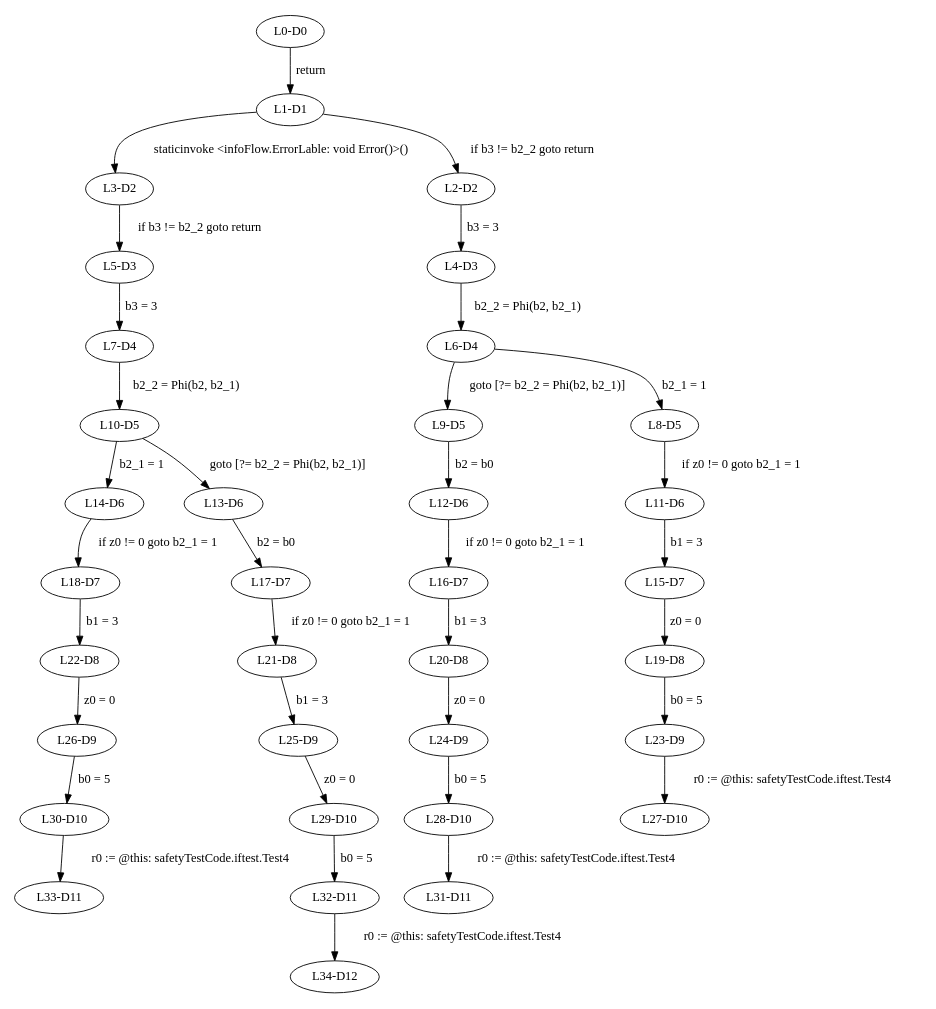
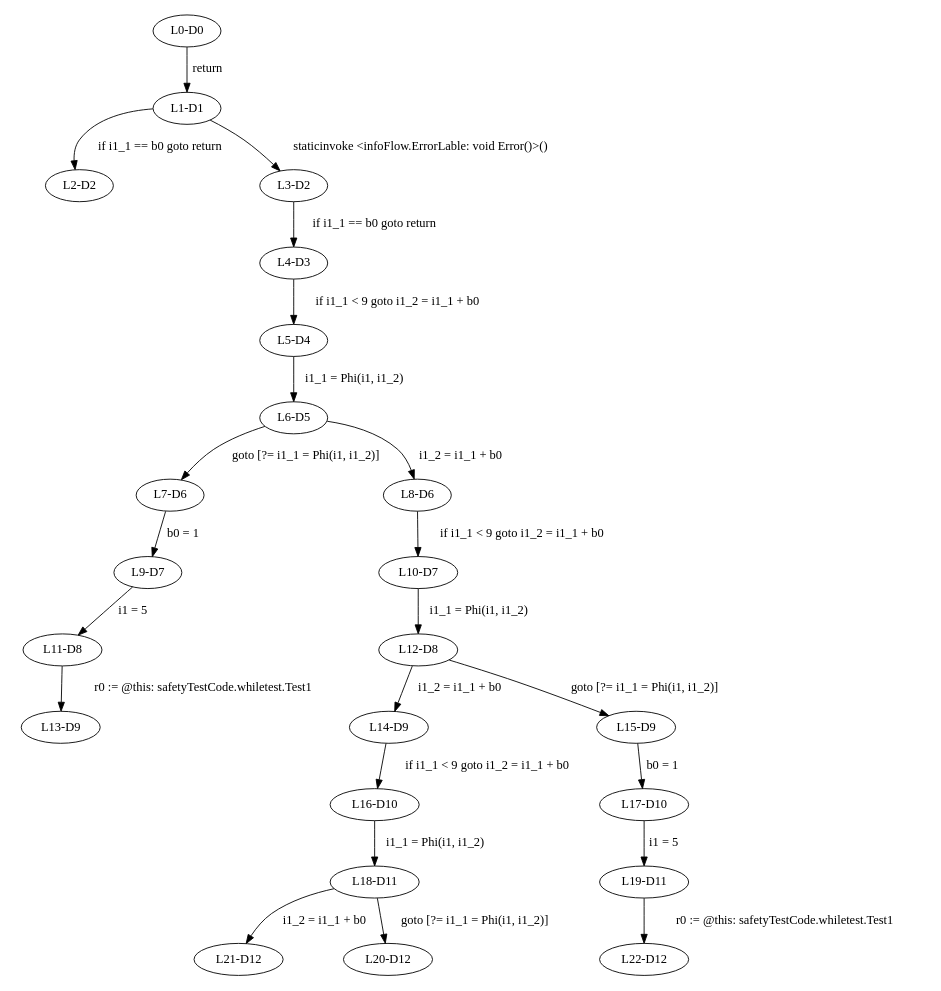
The diagram in SafetyChecker2/_all.dot (gt-wunderhorn/gt-wunderhorn), drawn with Graphviz before and after one commit. The commit also changed 58 other files, not shown here.

```diff
--- a/SafetyChecker2/_all.dot
+++ b/SafetyChecker2/_all.dot
@@ -1,39 +1,27 @@
 digraph { 
 	ratio="fill";
 	size="8.3,11.7!";
 	margin=0;
 	"L0-D0" -> "L1-D1"[label="return"];
+	"L1-D1" -> "L2-D2"[label="if i1_1 == b0 goto return"];
 	"L1-D1" -> "L3-D2"[label="staticinvoke <infoFlow.ErrorLable: void Error()>()"];
-	"L1-D1" -> "L2-D2"[label="if b3 != b2_2 goto return"];
-	"L3-D2" -> "L5-D3"[label="if b3 != b2_2 goto return"];
-	"L2-D2" -> "L4-D3"[label="b3 = 3"];
-	"L5-D3" -> "L7-D4"[label="b3 = 3"];
-	"L4-D3" -> "L6-D4"[label="b2_2 = Phi(b2, b2_1)"];
-	"L7-D4" -> "L10-D5"[label="b2_2 = Phi(b2, b2_1)"];
-	"L6-D4" -> "L9-D5"[label="goto [?= b2_2 = Phi(b2, b2_1)]"];
-	"L6-D4" -> "L8-D5"[label="b2_1 = 1"];
-	"L10-D5" -> "L14-D6"[label="b2_1 = 1"];
-	"L10-D5" -> "L13-D6"[label="goto [?= b2_2 = Phi(b2, b2_1)]"];
-	"L9-D5" -> "L12-D6"[label="b2 = b0"];
-	"L8-D5" -> "L11-D6"[label="if z0 != 0 goto b2_1 = 1"];
-	"L14-D6" -> "L18-D7"[label="if z0 != 0 goto b2_1 = 1"];
-	"L13-D6" -> "L17-D7"[label="b2 = b0"];
-	"L12-D6" -> "L16-D7"[label="if z0 != 0 goto b2_1 = 1"];
-	"L11-D6" -> "L15-D7"[label="b1 = 3"];
-	"L18-D7" -> "L22-D8"[label="b1 = 3"];
-	"L17-D7" -> "L21-D8"[label="if z0 != 0 goto b2_1 = 1"];
-	"L16-D7" -> "L20-D8"[label="b1 = 3"];
-	"L15-D7" -> "L19-D8"[label="z0 = 0"];
-	"L22-D8" -> "L26-D9"[label="z0 = 0"];
-	"L21-D8" -> "L25-D9"[label="b1 = 3"];
-	"L20-D8" -> "L24-D9"[label="z0 = 0"];
-	"L19-D8" -> "L23-D9"[label="b0 = 5"];
-	"L26-D9" -> "L30-D10"[label="b0 = 5"];
-	"L25-D9" -> "L29-D10"[label="z0 = 0"];
-	"L24-D9" -> "L28-D10"[label="b0 = 5"];
-	"L23-D9" -> "L27-D10"[label="r0 := @this: safetyTestCode.iftest.Test4"];
-	"L30-D10" -> "L33-D11"[label="r0 := @this: safetyTestCode.iftest.Test4"];
-	"L29-D10" -> "L32-D11"[label="b0 = 5"];
-	"L28-D10" -> "L31-D11"[label="r0 := @this: safetyTestCode.iftest.Test4"];
-	"L32-D11" -> "L34-D12"[label="r0 := @this: safetyTestCode.iftest.Test4"];
+	"L3-D2" -> "L4-D3"[label="if i1_1 == b0 goto return"];
+	"L4-D3" -> "L5-D4"[label="if i1_1 < 9 goto i1_2 = i1_1 + b0"];
+	"L5-D4" -> "L6-D5"[label="i1_1 = Phi(i1, i1_2)"];
+	"L6-D5" -> "L7-D6"[label="goto [?= i1_1 = Phi(i1, i1_2)]"];
+	"L6-D5" -> "L8-D6"[label="i1_2 = i1_1 + b0"];
+	"L7-D6" -> "L9-D7"[label="b0 = 1"];
+	"L8-D6" -> "L10-D7"[label="if i1_1 < 9 goto i1_2 = i1_1 + b0"];
+	"L9-D7" -> "L11-D8"[label="i1 = 5"];
+	"L10-D7" -> "L12-D8"[label="i1_1 = Phi(i1, i1_2)"];
+	"L11-D8" -> "L13-D9"[label="r0 := @this: safetyTestCode.whiletest.Test1"];
+	"L12-D8" -> "L14-D9"[label="i1_2 = i1_1 + b0"];
+	"L12-D8" -> "L15-D9"[label="goto [?= i1_1 = Phi(i1, i1_2)]"];
+	"L14-D9" -> "L16-D10"[label="if i1_1 < 9 goto i1_2 = i1_1 + b0"];
+	"L15-D9" -> "L17-D10"[label="b0 = 1"];
+	"L16-D10" -> "L18-D11"[label="i1_1 = Phi(i1, i1_2)"];
+	"L17-D10" -> "L19-D11"[label="i1 = 5"];
+	"L18-D11" -> "L21-D12"[label="i1_2 = i1_1 + b0"];
+	"L18-D11" -> "L20-D12"[label="goto [?= i1_1 = Phi(i1, i1_2)]"];
+	"L19-D11" -> "L22-D12"[label="r0 := @this: safetyTestCode.whiletest.Test1"];
 }
```
